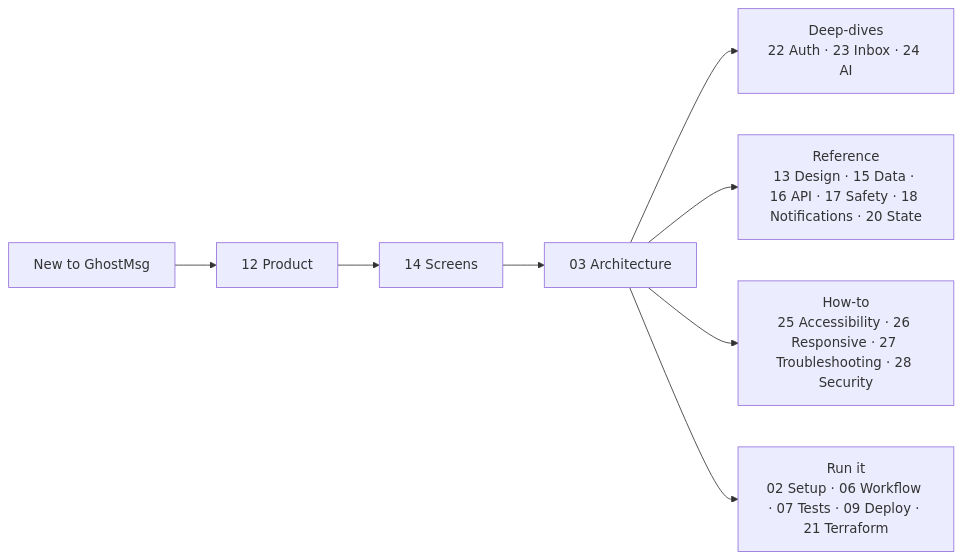
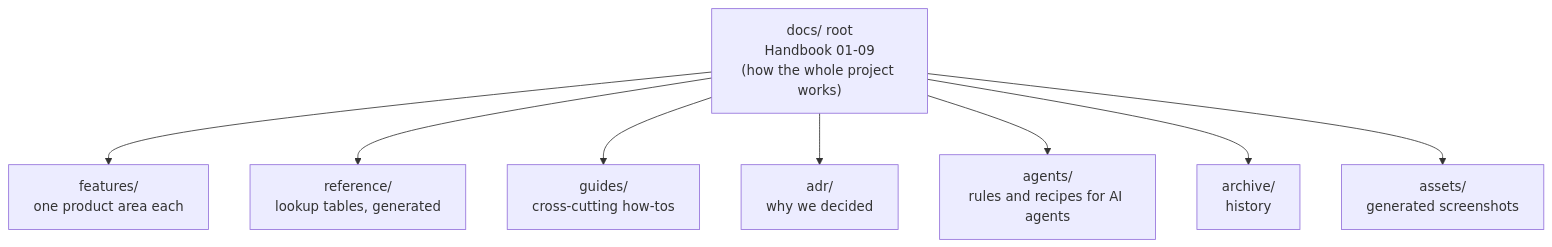
One commit to Abbas4tech/GhostMsg changed the diagram in docs/README.md. Above: the diagram before and after it, drawn with Mermaid. The commit also changed other lines of this file and 73 other files, not shown here.

````diff
--- a/docs/README.md
+++ b/docs/README.md
@@ -7,8 +7,11 @@
 ```mermaid
-flowchart LR
-    START["New to GhostMsg"] --> P["12 Product"] --> S["14 Screens"] --> A["03 Architecture"]
-    A --> DEEP["Deep-dives<br/>22 Auth · 23 Inbox · 24 AI"]
-    A --> REF["Reference<br/>13 Design · 15 Data · 16 API · 17 Safety · 18 Notifications · 20 State"]
-    A --> HOW["How-to<br/>25 Accessibility · 26 Responsive · 27 Troubleshooting · 28 Security"]
-    A --> OPS["Run it<br/>02 Setup · 06 Workflow · 07 Tests · 09 Deploy · 21 Terraform"]
+flowchart TD
+    ROOT["docs/ root<br/>Handbook 01-09<br/>(how the whole project works)"]
+    ROOT --> F["features/<br/>one product area each"]
+    ROOT --> R["reference/<br/>lookup tables, generated"]
+    ROOT --> G["guides/<br/>cross-cutting how-tos"]
+    ROOT --> A["adr/<br/>why we decided"]
+    ROOT --> AG["agents/<br/>rules and recipes for AI agents"]
+    ROOT --> AR["archive/<br/>history"]
+    ROOT --> AS["assets/<br/>generated screenshots"]
 ```
````
